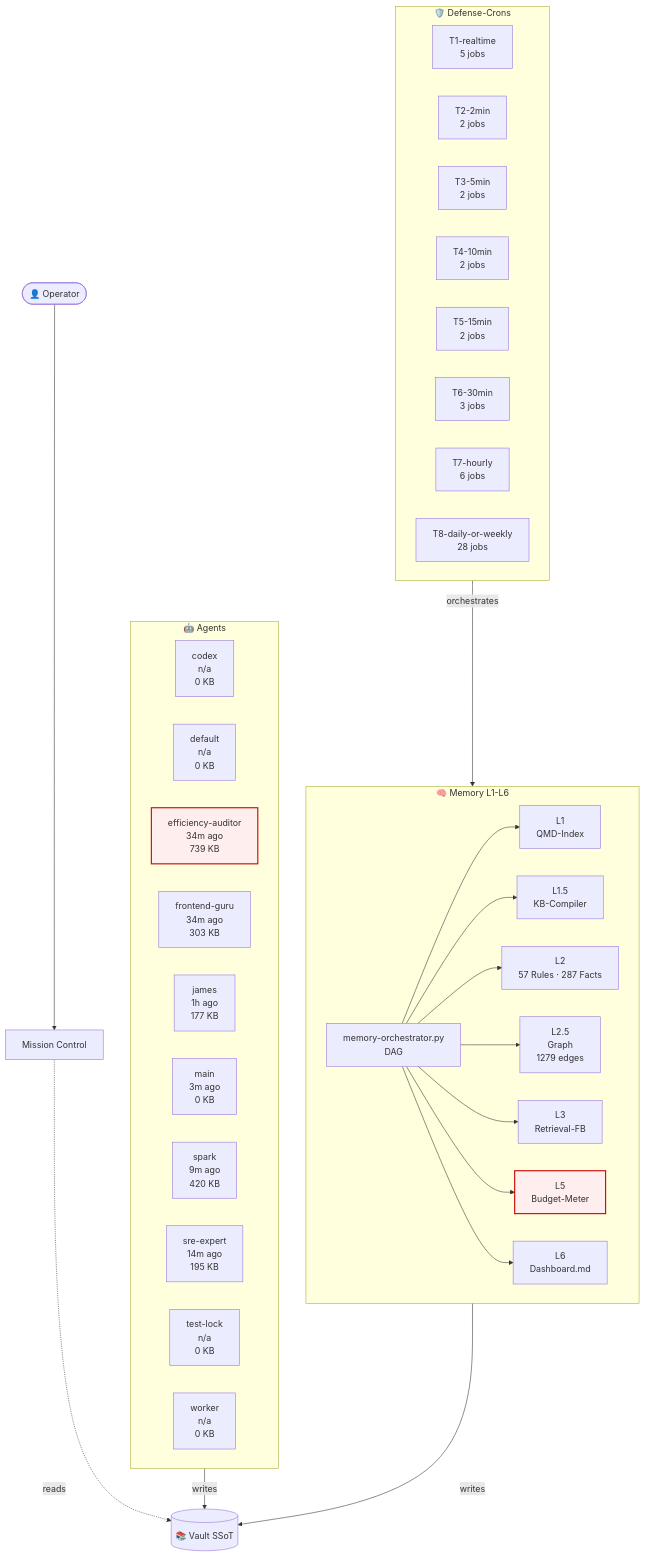
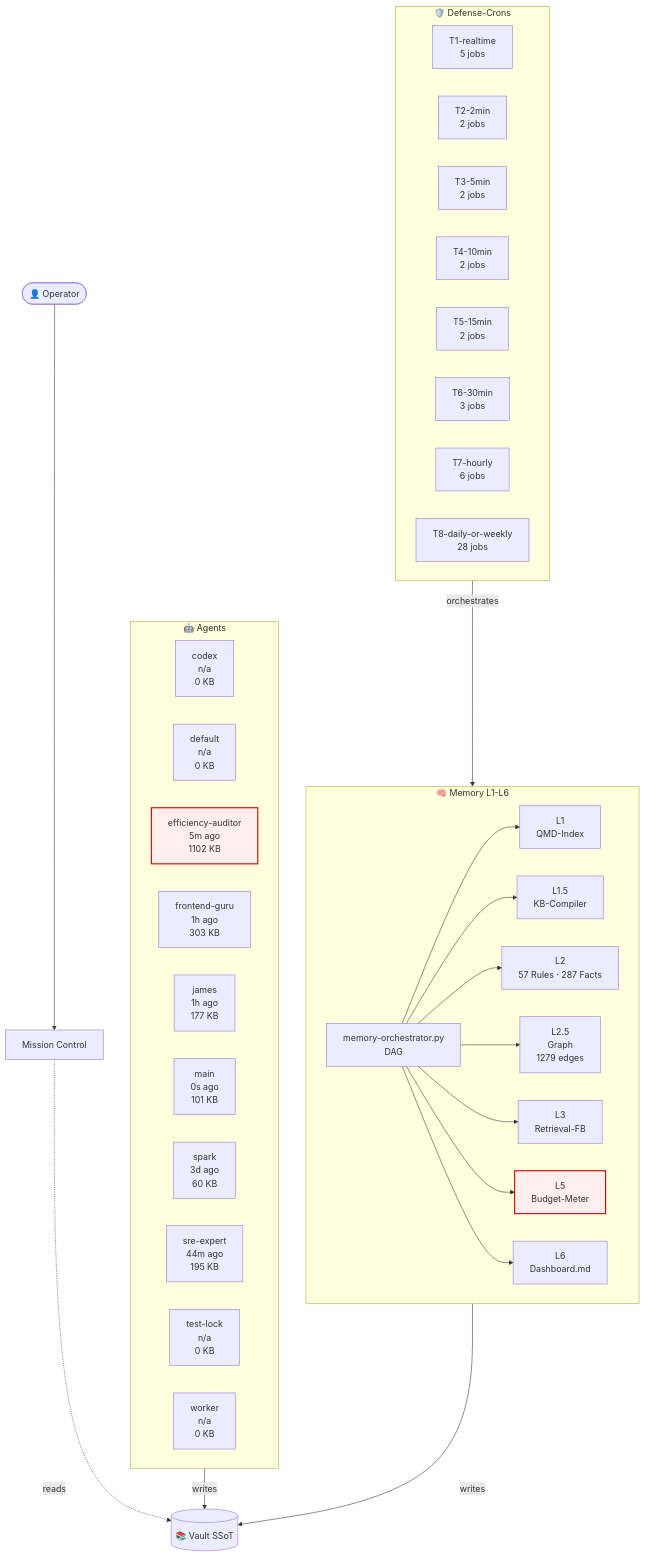
The diagram in 03-Agents/architecture-live.md (lenardhuebner88-rgb/openclaw-memory), drawn with Mermaid before and after one commit. The commit also changed other lines of this file and 7 other files, not shown here.

````diff
--- a/03-Agents/architecture-live.md
+++ b/03-Agents/architecture-live.md
@@ -18,53 +18,53 @@
 ```mermaid
 flowchart TB
     classDef critical fill:#fee,stroke:#c00,stroke-width:2px;
     subgraph AGT["🤖 Agents"]
         agent_codex["codex<br/>n/a<br/>0 KB"]
         agent_default["default<br/>n/a<br/>0 KB"]
-        agent_efficiency_auditor["efficiency-auditor<br/>34m ago<br/>739 KB"]
-        agent_frontend_guru["frontend-guru<br/>34m ago<br/>303 KB"]
+        agent_efficiency_auditor["efficiency-auditor<br/>5m ago<br/>1102 KB"]
+        agent_frontend_guru["frontend-guru<br/>1h ago<br/>303 KB"]
         agent_james["james<br/>1h ago<br/>177 KB"]
-        agent_main["main<br/>3m ago<br/>0 KB"]
-        agent_spark["spark<br/>9m ago<br/>420 KB"]
-        agent_sre_expert["sre-expert<br/>14m ago<br/>195 KB"]
+        agent_main["main<br/>0s ago<br/>101 KB"]
+        agent_spark["spark<br/>3d ago<br/>60 KB"]
+        agent_sre_expert["sre-expert<br/>44m ago<br/>195 KB"]
         agent_test_lock["test-lock<br/>n/a<br/>0 KB"]
         agent_worker["worker<br/>n/a<br/>0 KB"]
     end
     subgraph MEM["🧠 Memory L1-L6"]
         L1["L1<br/>QMD-Index"]
         L15["L1.5<br/>KB-Compiler"]
         L2["L2<br/>57 Rules · 287 Facts"]
         L25["L2.5<br/>Graph<br/>1279 edges"]
         L3["L3<br/>Retrieval-FB"]
         L5["L5<br/>Budget-Meter"]
         L6["L6<br/>Dashboard.md"]
         ORCH["memory-orchestrator.py<br/>DAG"]
     end
     subgraph CRN["🛡️ Defense-Crons"]
         tier_T1_realtime["T1-realtime<br/>5 jobs"]
         tier_T2_2min["T2-2min<br/>2 jobs"]
         tier_T3_5min["T3-5min<br/>2 jobs"]
         tier_T4_10min["T4-10min<br/>2 jobs"]
         tier_T5_15min["T5-15min<br/>2 jobs"]
         tier_T6_30min["T6-30min<br/>3 jobs"]
         tier_T7_hourly["T7-hourly<br/>6 jobs"]
         tier_T8_daily_or_weekly["T8-daily-or-weekly<br/>28 jobs"]
     end
     VAULT[("📚 Vault SSoT")]
     OP([👤 Operator])
     MC["Mission Control"]
     OP --> MC
     MC -.reads.-> VAULT
     AGT -->|writes| VAULT
     MEM -->|writes| VAULT
     ORCH --> L1
     ORCH --> L15
     ORCH --> L2
     ORCH --> L25
     ORCH --> L3
     ORCH --> L5
     ORCH --> L6
     CRN -->|orchestrates| MEM
     class L5 critical
     class agent_efficiency_auditor critical
 ```
````
